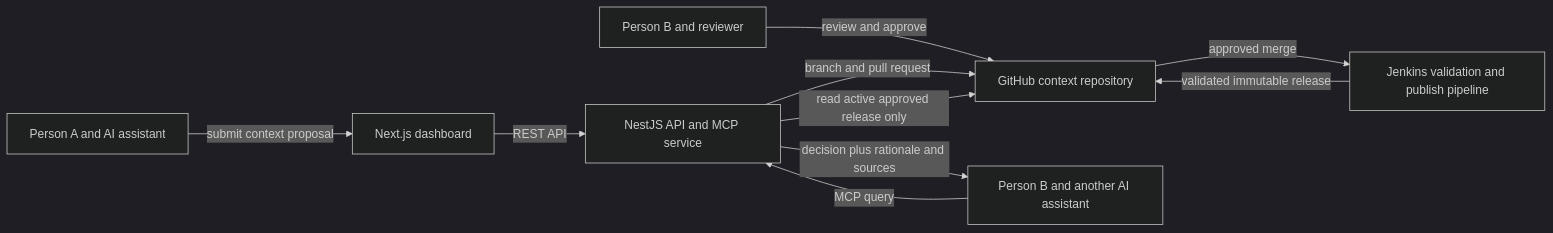
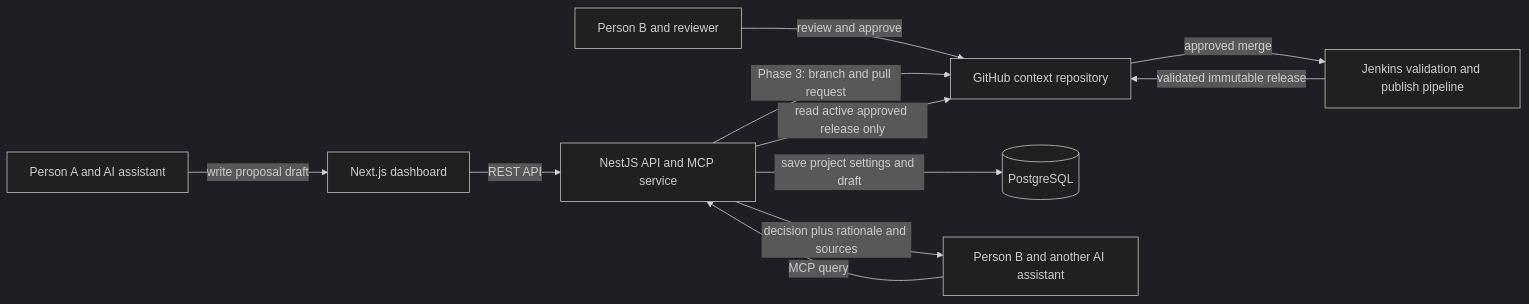
The diagram in docs/architecture.md (Kaushiik-13/contextrepo), drawn with Mermaid (dark theme) before and after one commit. The commit also changed other lines of this file and 1 other file, not shown here.

Commit message:
docs: clarify Phase 2B and defer team access

````diff
--- a/docs/architecture.md
+++ b/docs/architecture.md
@@ -24,12 +25,13 @@
 ```mermaid
 flowchart LR
-  A[Person A and AI assistant] -->|submit context proposal| W[Next.js dashboard]
+  A[Person A and AI assistant] -->|write proposal draft| W[Next.js dashboard]
   B[Person B and reviewer] -->|review and approve| GH[GitHub context repository]
   W -->|REST API| API[NestJS API and MCP service]
-  API -->|branch and pull request| GH
+  API -->|save project settings and draft| DB[(PostgreSQL)]
+  API -->|Phase 3: branch and pull request| GH
   GH -->|approved merge| CI[Jenkins validation and publish pipeline]
   CI -->|validated immutable release| GH
   C[Person B and another AI assistant] -->|MCP query| API
   API -->|read active approved release only| GH
   API -->|decision plus rationale and sources| C
 ```
````
